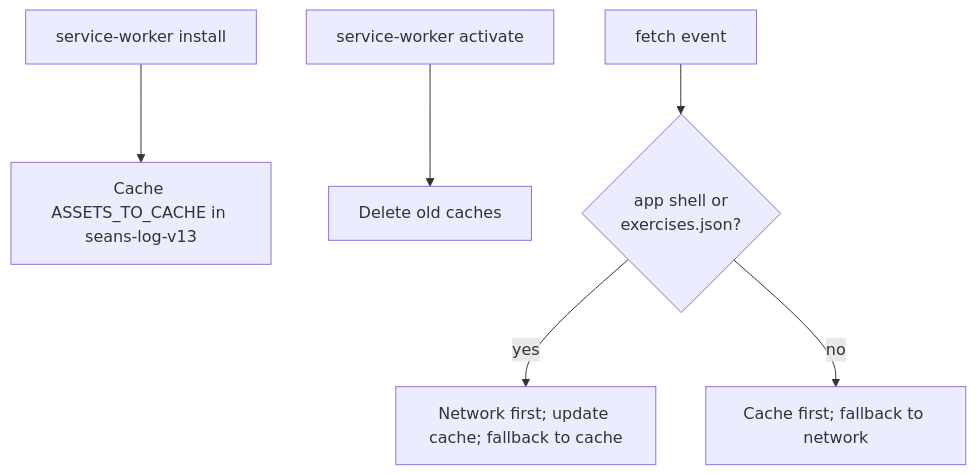
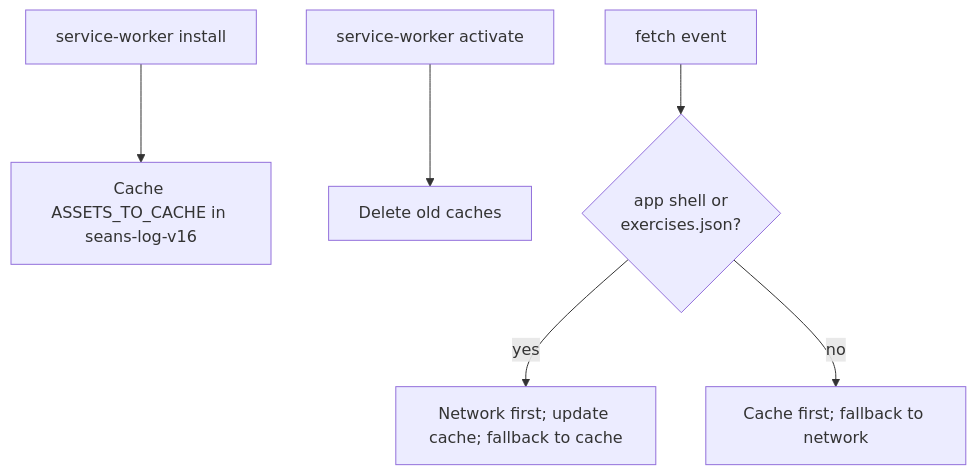
Before and after one commit to 0sps/sull1van.com: the fifth of 5 diagrams in workouts/WORKOUTS_ARCHITECTURE.md, drawn with Mermaid. The commit also changed other lines of this file and 7 other files, not shown here.

````diff
--- a/workouts/WORKOUTS_ARCHITECTURE.md
+++ b/workouts/WORKOUTS_ARCHITECTURE.md
@@ -227,8 +227,8 @@
 ```mermaid
 flowchart TD
-    Install["service-worker install"] --> Cache["Cache ASSETS_TO_CACHE in seans-log-v13"]
+    Install["service-worker install"] --> Cache["Cache ASSETS_TO_CACHE in seans-log-v16"]
     Activate["service-worker activate"] --> Cleanup["Delete old caches"]
     Fetch["fetch event"] --> Shell{"app shell or<br/>exercises.json?"}
     Shell -->|yes| NetworkFirst["Network first; update cache; fallback to cache"]
     Shell -->|no| CacheFirst["Cache first; fallback to network"]
 ```
````
